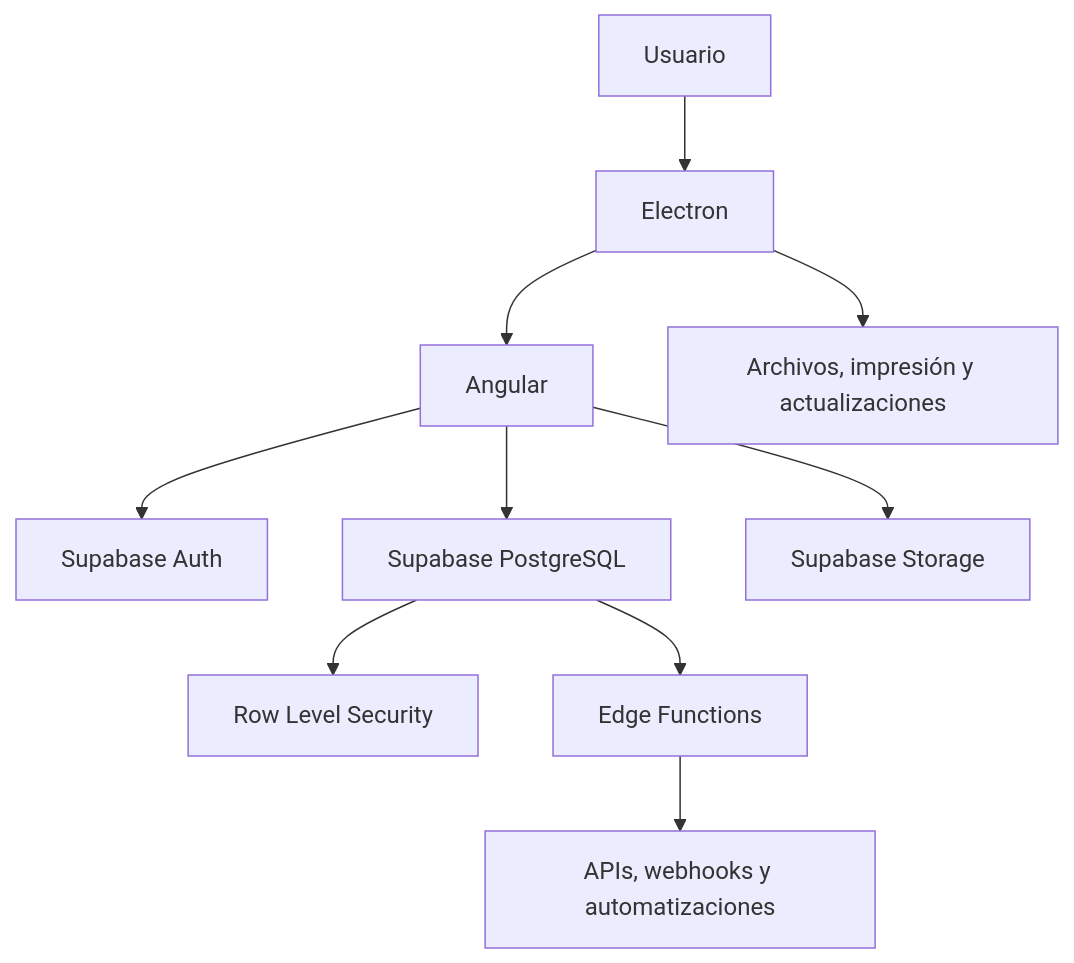
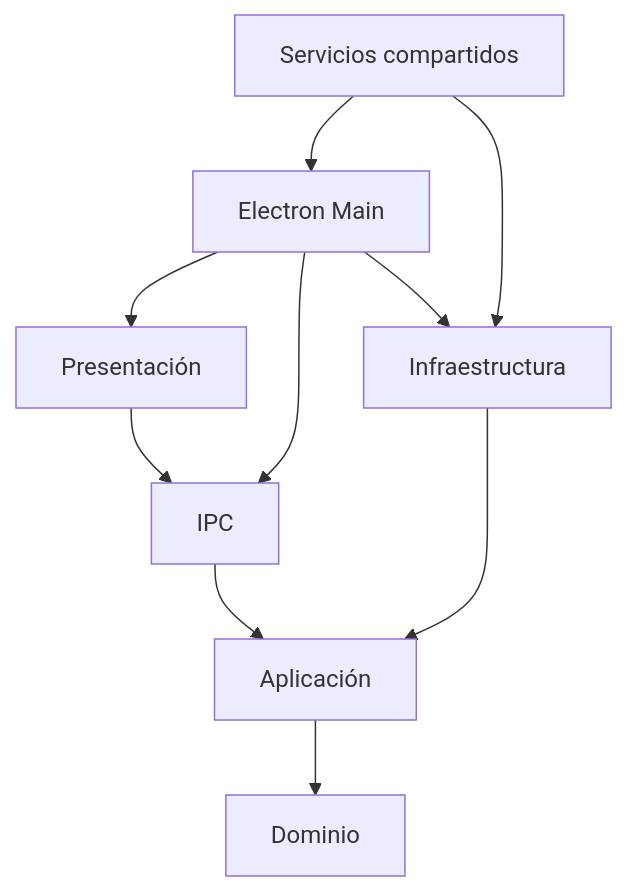
The second of 4 diagrams in README.md (OyasumiDev/QUOR-CRM-SYSTEM), drawn with Mermaid before and after one commit. The commit also changed other lines of this file, not shown here.

First line of the commit message:
Revise README for WhatsApp Campaign CRM Desktop

````diff
--- a/README.md
+++ b/README.md
@@ -17,12 +66,12 @@
 ```mermaid
-flowchart TB
-  User[Usuario] --> Desktop[Electron]
-  Desktop --> Angular[Angular]
-  Desktop --> Native[Archivos, impresión y actualizaciones]
-  Angular --> Auth[Supabase Auth]
-  Angular --> Database[Supabase PostgreSQL]
-  Angular --> Storage[Supabase Storage]
-  Database --> RLS[Row Level Security]
-  Database --> Functions[Edge Functions]
-  Functions --> Integrations[APIs, webhooks y automatizaciones]
+flowchart TD
+  Presentation[Presentación] --> IPC[IPC]
+  IPC --> Application[Aplicación]
+  Application --> Domain[Dominio]
+  Infrastructure[Infraestructura] --> Application
+  Main[Electron Main] --> Presentation
+  Main --> Infrastructure
+  Main --> IPC
+  Shared[Servicios compartidos] --> Main
+  Shared --> Infrastructure
 ```
````
